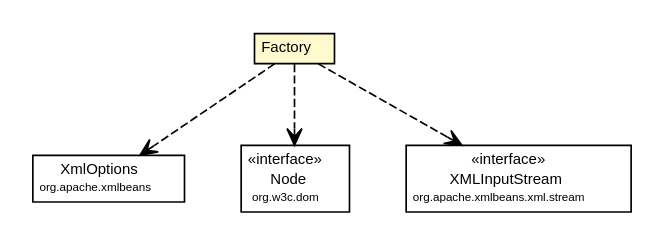
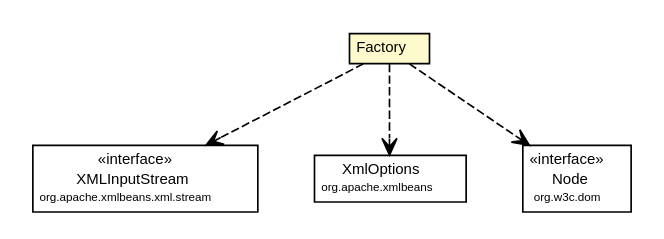
One commit to synchronoss/cpo-util changed the diagram in site/apidocs/org/synchronoss/cpo/util/cpoUtilConfig/CtCustomClasspath.Factory.dot. Above: the diagram before and after it, drawn with Graphviz. The commit also changed 233 other files, not shown here.

Commit message:
Creating site for cpoUtil, 5.2.1-SNAPSHOT

```diff
--- a/site/apidocs/org/synchronoss/cpo/util/cpoUtilConfig/CtCustomClasspath.Factory.dot
+++ b/site/apidocs/org/synchronoss/cpo/util/cpoUtilConfig/CtCustomClasspath.Factory.dot
@@ -1,47 +1,47 @@
 #!/usr/local/bin/dot
 #
 # Class diagram 
 # Generated by UMLGraph version 5.1 (http://www.umlgraph.org/)
 #
 
 digraph G {
 	edge [fontname="Helvetica",fontsize=10,labelfontname="Helvetica",labelfontsize=10];
 	node [fontname="Helvetica",fontsize=10,shape=plaintext];
 	nodesep=0.25;
 	ranksep=0.5;
 	// org.synchronoss.cpo.util.cpoUtilConfig.CtCustomClasspath.Factory
 	c5150 [label=<<table title="org.synchronoss.cpo.util.cpoUtilConfig.CtCustomClasspath.Factory" border="0" cellborder="1" cellspacing="0" cellpadding="2" port="p" bgcolor="lemonChiffon" href="./CtCustomClasspath.Factory.html">
 		<tr><td><table border="0" cellspacing="0" cellpadding="1">
 <tr><td align="center" balign="center"> Factory </td></tr>
 		</table></td></tr>
 		</table>>, fontname="Helvetica", fontcolor="black", fontsize=9.0];
+	// org.synchronoss.cpo.util.cpoUtilConfig.CtCustomClasspath.Factory DEPEND org.apache.xmlbeans.xml.stream.XMLInputStream
+	c5150:p -> c5161:p [taillabel="", label="", headlabel="", fontname="Helvetica", fontcolor="black", fontsize=10.0, color="black", arrowhead=open, style=dashed];
 	// org.synchronoss.cpo.util.cpoUtilConfig.CtCustomClasspath.Factory DEPEND org.apache.xmlbeans.XmlOptions
-	c5150:p -> c5161:p [taillabel="", label="", headlabel="", fontname="Helvetica", fontcolor="black", fontsize=10.0, color="black", arrowhead=open, style=dashed];
+	c5150:p -> c5162:p [taillabel="", label="", headlabel="", fontname="Helvetica", fontcolor="black", fontsize=10.0, color="black", arrowhead=open, style=dashed];
 	// org.synchronoss.cpo.util.cpoUtilConfig.CtCustomClasspath.Factory DEPEND org.w3c.dom.Node
-	c5150:p -> c5162:p [taillabel="", label="", headlabel="", fontname="Helvetica", fontcolor="black", fontsize=10.0, color="black", arrowhead=open, style=dashed];
-	// org.synchronoss.cpo.util.cpoUtilConfig.CtCustomClasspath.Factory DEPEND org.apache.xmlbeans.xml.stream.XMLInputStream
 	c5150:p -> c5163:p [taillabel="", label="", headlabel="", fontname="Helvetica", fontcolor="black", fontsize=10.0, color="black", arrowhead=open, style=dashed];
 	// org.apache.xmlbeans.xml.stream.XMLInputStream
-	c5163 [label=<<table title="org.apache.xmlbeans.xml.stream.XMLInputStream" border="0" cellborder="1" cellspacing="0" cellpadding="2" port="p" href="http://java.sun.com/j2se/1.4.2/docs/api/org/apache/xmlbeans/xml/stream/XMLInputStream.html">
+	c5161 [label=<<table title="org.apache.xmlbeans.xml.stream.XMLInputStream" border="0" cellborder="1" cellspacing="0" cellpadding="2" port="p" href="http://java.sun.com/j2se/1.4.2/docs/api/org/apache/xmlbeans/xml/stream/XMLInputStream.html">
 		<tr><td><table border="0" cellspacing="0" cellpadding="1">
 <tr><td align="center" balign="center"> &#171;interface&#187; </td></tr>
 <tr><td align="center" balign="center"> XMLInputStream </td></tr>
 <tr><td align="center" balign="center"><font point-size="7.0"> org.apache.xmlbeans.xml.stream </font></td></tr>
 		</table></td></tr>
 		</table>>, fontname="Helvetica", fontcolor="black", fontsize=9.0];
 	// org.w3c.dom.Node
-	c5162 [label=<<table title="org.w3c.dom.Node" border="0" cellborder="1" cellspacing="0" cellpadding="2" port="p" href="http://java.sun.com/j2se/1.4.2/docs/api/org/w3c/dom/Node.html">
+	c5163 [label=<<table title="org.w3c.dom.Node" border="0" cellborder="1" cellspacing="0" cellpadding="2" port="p" href="http://java.sun.com/j2se/1.4.2/docs/api/org/w3c/dom/Node.html">
 		<tr><td><table border="0" cellspacing="0" cellpadding="1">
 <tr><td align="center" balign="center"> &#171;interface&#187; </td></tr>
 <tr><td align="center" balign="center"> Node </td></tr>
 <tr><td align="center" balign="center"><font point-size="7.0"> org.w3c.dom </font></td></tr>
 		</table></td></tr>
 		</table>>, fontname="Helvetica", fontcolor="black", fontsize=9.0];
 	// org.apache.xmlbeans.XmlOptions
-	c5161 [label=<<table title="org.apache.xmlbeans.XmlOptions" border="0" cellborder="1" cellspacing="0" cellpadding="2" port="p" href="http://java.sun.com/j2se/1.4.2/docs/api/org/apache/xmlbeans/XmlOptions.html">
+	c5162 [label=<<table title="org.apache.xmlbeans.XmlOptions" border="0" cellborder="1" cellspacing="0" cellpadding="2" port="p" href="http://java.sun.com/j2se/1.4.2/docs/api/org/apache/xmlbeans/XmlOptions.html">
 		<tr><td><table border="0" cellspacing="0" cellpadding="1">
 <tr><td align="center" balign="center"> XmlOptions </td></tr>
 <tr><td align="center" balign="center"><font point-size="7.0"> org.apache.xmlbeans </font></td></tr>
 		</table></td></tr>
 		</table>>, fontname="Helvetica", fontcolor="black", fontsize=9.0];
 }
```
